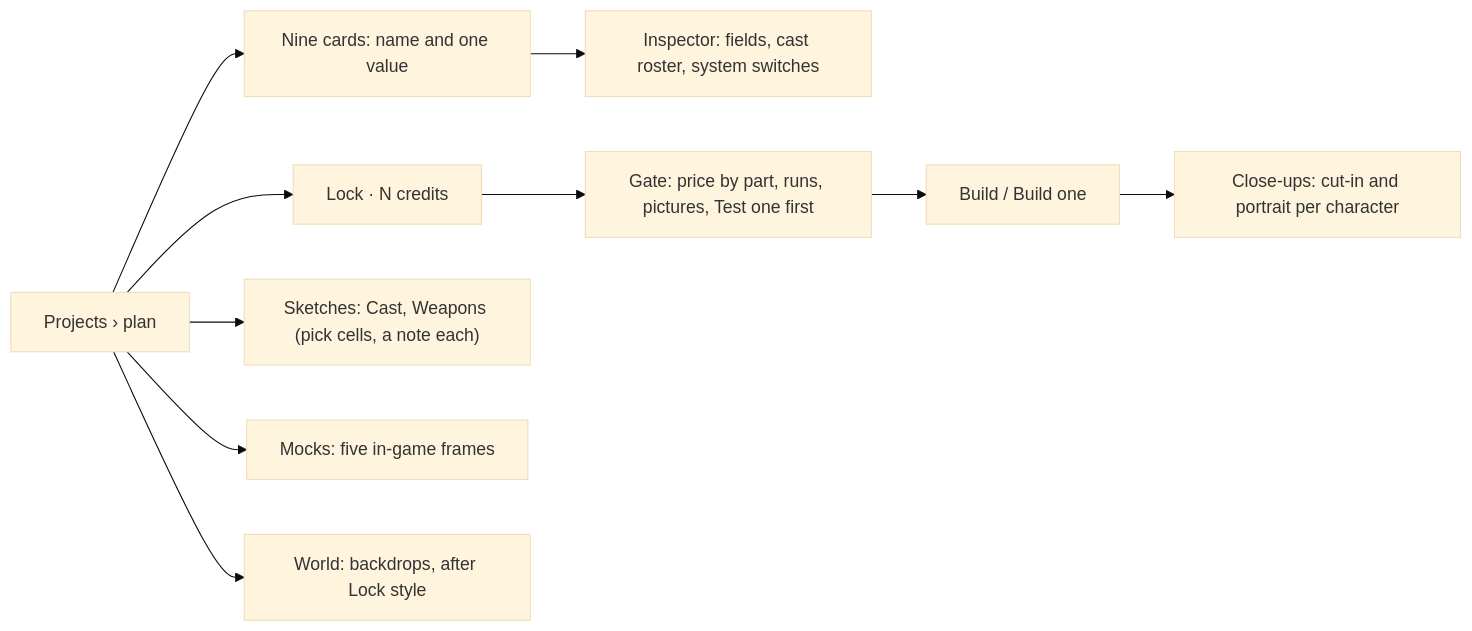
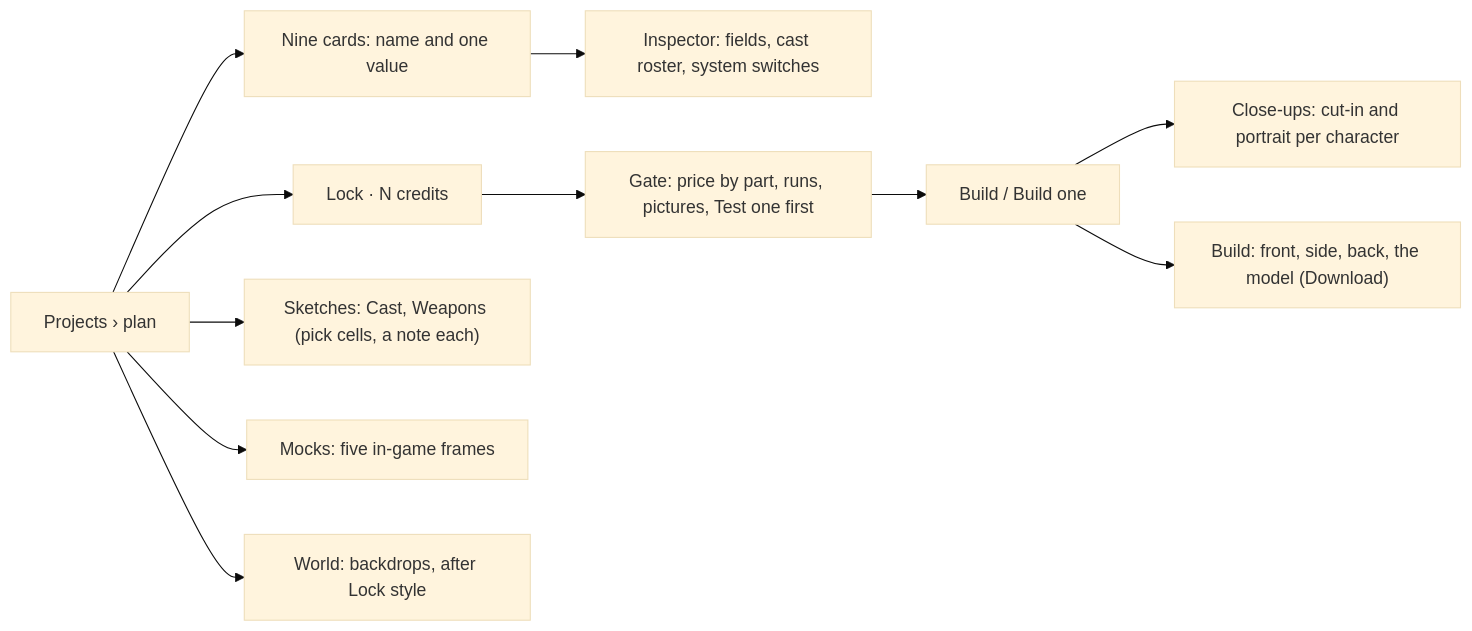
Before and after one commit to Pukujan/swarm-studio: the sixth of 25 diagrams in docs/ux/SITEMAP.md, drawn with Mermaid (base theme). The commit also changed 11 other files, not shown here.

````diff
--- a/docs/ux/SITEMAP.md
+++ b/docs/ux/SITEMAP.md
@@ -176,12 +176,13 @@
 ```mermaid
 flowchart LR
   PB["Projects › plan"] --> CARDS["Nine cards: name and one value"]
   CARDS --> INS["Inspector: fields, cast roster, system switches"]
   PB --> LOCK["Lock · N credits"]
   LOCK --> GATE["Gate: price by part, runs, pictures, Test one first"]
   GATE --> BUILD["Build / Build one"]
   PB --> SK["Sketches: Cast, Weapons (pick cells, a note each)"]
   PB --> MK["Mocks: five in-game frames"]
   PB --> WD["World: backdrops, after Lock style"]
   BUILD --> CU["Close-ups: cut-in and portrait per character"]
+  BUILD --> BV["Build: front, side, back, the model (Download)"]
 ```
````
